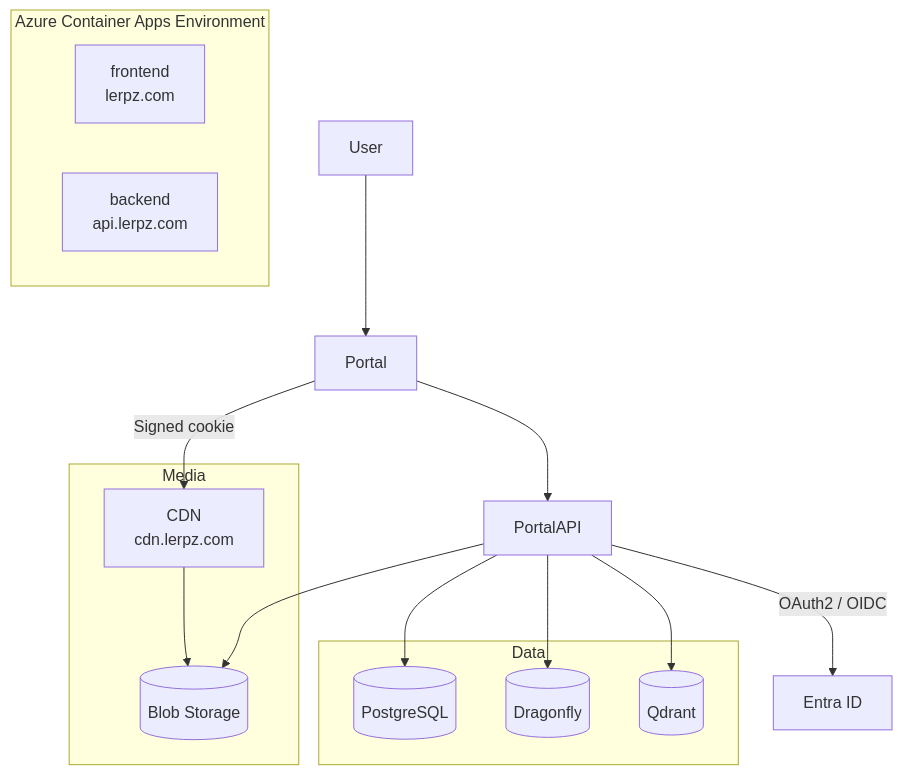
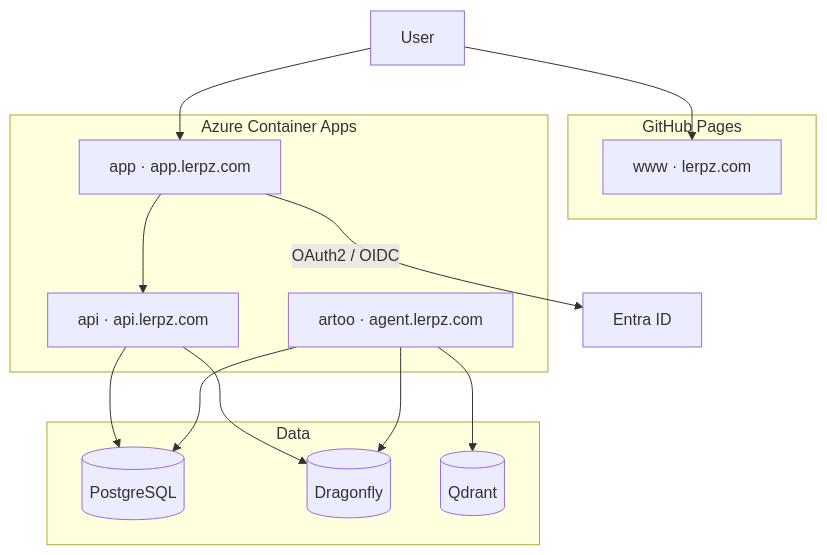
The first of 2 diagrams in docs/INFRA.md (Kanerix/lerpz-com), drawn with Mermaid before and after one commit. The commit also changed other lines of this file, not shown here.

````diff
--- a/docs/INFRA.md
+++ b/docs/INFRA.md
@@ -7,32 +23,32 @@
 ```mermaid
 graph TD
-    User:::accent0
+    User
 
-    subgraph aca[Azure Container Apps Environment]
-        Frontend[frontend\nlerpz.com]:::accent1
-        Backend[backend\napi.lerpz.com]:::accent2
+    subgraph pages[GitHub Pages]
+        www[www · lerpz.com]
+    end
+
+    subgraph aca[Azure Container Apps]
+        app[app · app.lerpz.com]
+        api[api · api.lerpz.com]
+        artoo[artoo · agent.lerpz.com]
     end
 
     subgraph data[Data]
-        Postgres[(PostgreSQL)]:::accent5
-        Dragonfly[(Dragonfly)]:::accent5
-        Qdrant[(Qdrant)]:::accent5
+        Postgres[(PostgreSQL)]
+        Dragonfly[(Dragonfly)]
+        Qdrant[(Qdrant)]
     end
 
-    subgraph media[Media]
-        CDN[CDN\ncdn.lerpz.com]:::accent4
-        Storage[(Blob Storage)]:::accent5
-    end
+    EntraID[Entra ID]
 
-    EntraID[Entra ID]:::accent6
-
-    User --> Portal
-    Portal -->|Signed cookie| CDN
-    Portal --> PortalAPI
-    PortalAPI --> Postgres
-    PortalAPI --> Dragonfly
-    PortalAPI --> Qdrant
-    PortalAPI --> Storage
-    PortalAPI -->|OAuth2 / OIDC| EntraID
-    CDN -->Storage
+    User --> www
+    User --> app
+    app --> api
+    app -->|OAuth2 / OIDC| EntraID
+    api --> Postgres
+    api --> Dragonfly
+    artoo --> Postgres
+    artoo --> Dragonfly
+    artoo --> Qdrant
 ```
````
